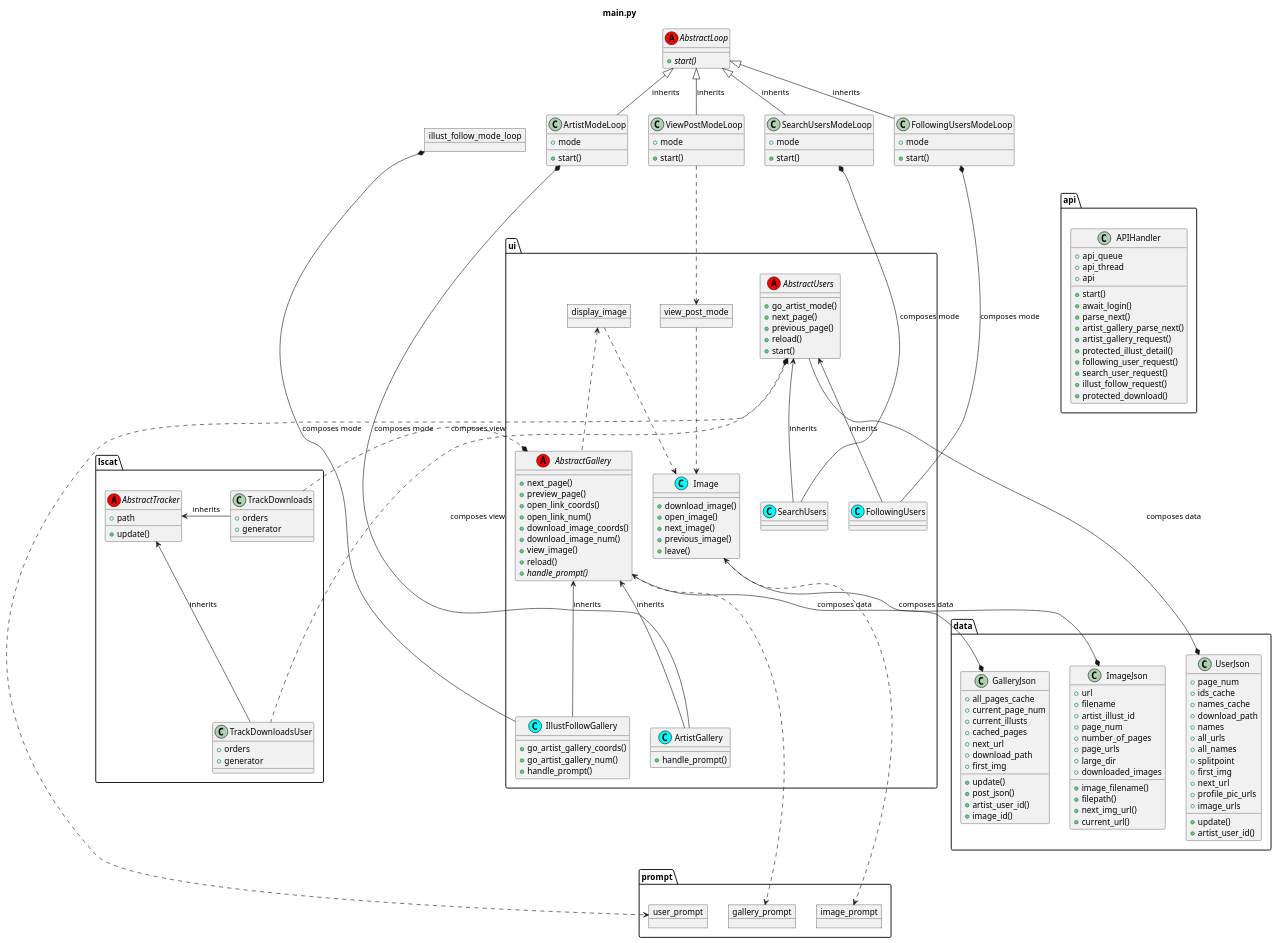
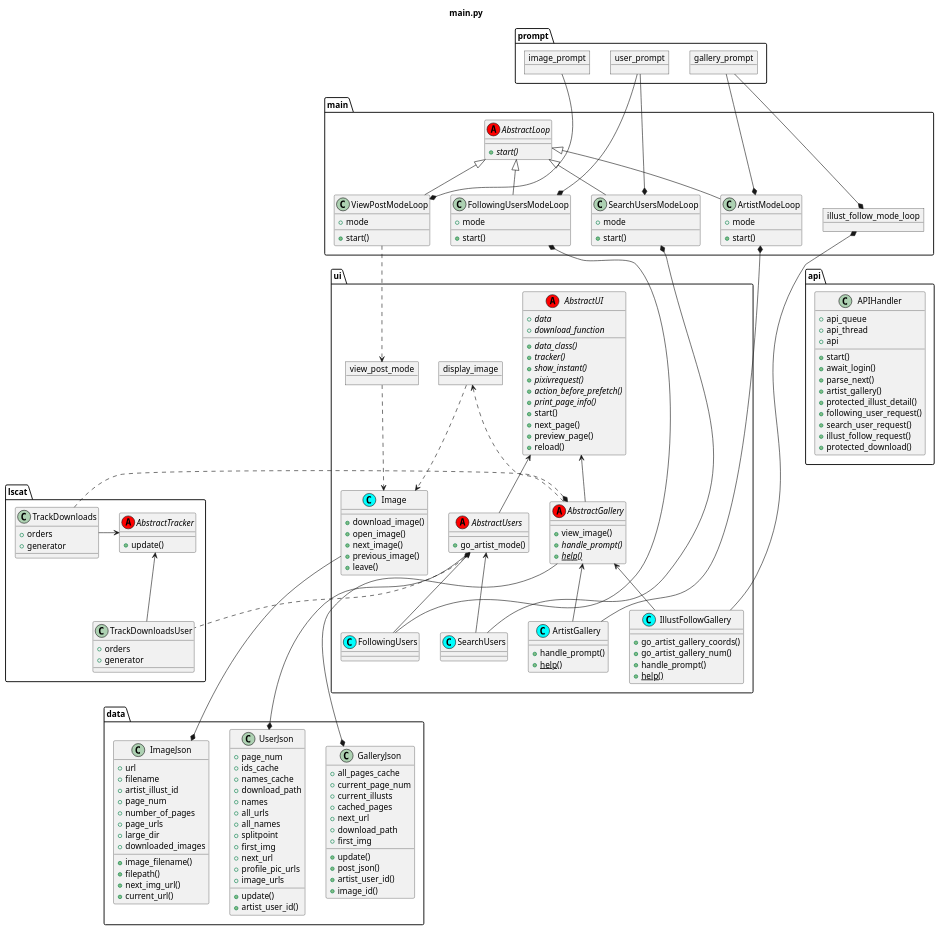
The diagram in puml/classes.puml (akazukin5151/koneko), drawn with PlantUML before and after one commit.

Commit message:
Updated layout of classes puml

```diff
--- a/puml/classes.puml
+++ b/puml/classes.puml
@@ -2,55 +2,62 @@
 
 title main.py
 
-abstract class AbstractLoop <<(A, red)>>{
+abstract class main.AbstractLoop <<(A, red)>>{
   +{abstract}start()
 }
 
-class ArtistModeLoop {
+class main.ArtistModeLoop {
     + mode
     +start()
 }
-object illust_follow_mode_loop
+package main {
+    object illust_follow_mode_loop
+}
 
-AbstractLoop <|-down- ArtistModeLoop: inherits
-AbstractLoop <|-down[hidden]- illust_follow_mode_loop: inherits
-illust_follow_mode_loop -right[hidden]-> ViewPostModeLoop
-illust_follow_mode_loop -right[hidden]-> ArtistModeLoop
-ViewPostModeLoop -left[hidden]-> ArtistModeLoop
-ViewPostModeLoop -right[hidden]-> SearchUsersModeLoop
-ViewPostModeLoop -right[hidden]-> FollowingUsersModeLoop
+main.AbstractLoop <|-down- main.ArtistModeLoop
+main.AbstractLoop <|-down[hidden]- illust_follow_mode_loop
+
+abstract class ui.AbstractUI <<(A, red)>>{
+    + {abstract} data
+    + {abstract} download_function
+    +{abstract}data_class()
+    +{abstract}tracker()
+    +{abstract}show_instant()
+    +{abstract}pixivrequest()
+    +{abstract}action_before_prefetch()
+    +{abstract}print_page_info()
+    +start()
+    +next_page()
+    +preview_page()
+    +reload()
+}
 
 abstract class ui.AbstractGallery <<(A, red)>>{
-    +next_page()
-    +preview_page()
-    +open_link_coords()
-    +open_link_num()
-    +download_image_coords()
-    +download_image_num()
     +view_image()
-    +reload()
     +{abstract}handle_prompt()
+    +{abstract}{static}help()
 }
+ui.AbstractUI <-down- ui.AbstractGallery
 
 class ui.ArtistGallery <<(C, cyan)>>{
     +handle_prompt()
+    +{static}help()
 }
 class ui.IllustFollowGallery <<(C, cyan)>>{
     +go_artist_gallery_coords()
     +go_artist_gallery_num()
     +handle_prompt()
+    +{static}help()
 }
-ArtistModeLoop*-down- ui.ArtistGallery: composes mode
+main.ArtistModeLoop*-down- ui.ArtistGallery
 
-illust_follow_mode_loop*-down- ui.IllustFollowGallery: composes mode
+illust_follow_mode_loop*-down- ui.IllustFollowGallery
 
-ui.AbstractGallery <-down- ui.IllustFollowGallery: inherits
+ui.AbstractGallery <-down- ui.IllustFollowGallery
 
-ui.AbstractGallery <-down- ui.ArtistGallery: inherits
+ui.AbstractGallery <-down- ui.ArtistGallery
 
-ui.IllustFollowGallery -right[hidden]-> ui.ArtistGallery
-
-class ViewPostModeLoop {
+class main.ViewPostModeLoop {
     + mode
     +start()
 }
@@ -66,41 +73,37 @@
     + leave()
 }
 
-AbstractLoop <|-down- ViewPostModeLoop: inherits
-ViewPostModeLoop ..> view_post_mode
+main.AbstractLoop <|-down- main.ViewPostModeLoop
+main.ViewPostModeLoop ..> view_post_mode
 view_post_mode ..> ui.Image
 display_image ..> ui.Image
 display_image <.. ui.AbstractGallery
 
 
-class FollowingUsersModeLoop {
+class main.FollowingUsersModeLoop {
     + mode
     +start()
 }
-class SearchUsersModeLoop {
+class main.SearchUsersModeLoop {
     + mode
     +start()
 }
-AbstractLoop <|-down- FollowingUsersModeLoop: inherits
-AbstractLoop <|-down- SearchUsersModeLoop: inherits
+main.AbstractLoop <|-down- main.FollowingUsersModeLoop
+main.AbstractLoop <|-down- main.SearchUsersModeLoop
 
 class ui.FollowingUsers <<(C, cyan)>>
 class ui.SearchUsers <<(C, cyan)>>
 abstract class ui.AbstractUsers <<(A, red)>>{
     +go_artist_mode()
-    +next_page()
-    +previous_page()
-    +reload()
-    +start()
 }
-ui.AbstractUsers <-down- ui.FollowingUsers: inherits
-ui.AbstractUsers <-down- ui.SearchUsers: inherits
-FollowingUsersModeLoop*-down- ui.FollowingUsers: composes mode
-SearchUsersModeLoop*-down- ui.SearchUsers: composes mode
+ui.AbstractUI <-down- ui.AbstractUsers
+ui.AbstractUsers <-down- ui.FollowingUsers
+ui.AbstractUsers <-down- ui.SearchUsers
+main.FollowingUsersModeLoop*-down- ui.FollowingUsers
+main.SearchUsersModeLoop*-down- ui.SearchUsers
 
 
 abstract class lscat.AbstractTracker <<(A, red)>>{
-    + path
     +update()
 }
 class lscat.TrackDownloads {
@@ -112,24 +115,28 @@
     + generator
 }
 
-lscat.AbstractTracker <- lscat.TrackDownloadsUser: inherits
-lscat.AbstractTracker <- lscat.TrackDownloads: inherits
+lscat.AbstractTracker <- lscat.TrackDownloadsUser
+lscat.AbstractTracker <-right- lscat.TrackDownloads
 
-ui.AbstractUsers*.down. lscat.TrackDownloadsUser: composes view
-ui.AbstractGallery*.up lscat.TrackDownloads: composes view
+ui.AbstractUsers *.down. lscat.TrackDownloadsUser
+ui.AbstractGallery *.left lscat.TrackDownloads
 
 lscat.TrackDownloadsUser -up[hidden]-> lscat.TrackDownloads
-lscat.TrackDownloadsUser --up[hidden]-> ui.AbstractGallery
 
 package prompt {
     object user_prompt
-    ui.AbstractUsers <..> user_prompt
+    object gallery_prompt
+    object image_prompt
 
-    object gallery_prompt
-    ui.AbstractGallery <.down.> gallery_prompt
+    user_prompt -down[hidden]-> main.AbstractLoop
+    gallery_prompt -down[hidden]-> main.AbstractLoop
+    image_prompt -down[hidden]-> main.AbstractLoop
 
-    object image_prompt
-    ui.Image <.down..> image_prompt
+    main.ArtistModeLoop *-up-- gallery_prompt
+    main.ViewPostModeLoop *-up-- image_prompt
+    main.FollowingUsersModeLoop *-left-- user_prompt
+    main.SearchUsersModeLoop *-left-- user_prompt
+    illust_follow_mode_loop *-up-- gallery_prompt
 }
 
 
@@ -177,9 +184,9 @@
     +artist_user_id()
 }
 
-data.GalleryJson *-up- ui.AbstractGallery: composes data
-data.ImageJson *-up- ui.Image: composes data
-data.UserJson *-up- ui.AbstractUsers: composes data
+data.GalleryJson *-up-- ui.AbstractGallery
+data.ImageJson *-up-- ui.Image
+data.UserJson *-up-- ui.AbstractUsers
 
 
 class api.APIHandler {
@@ -189,8 +196,7 @@
     +start()
     +await_login()
     +parse_next()
-    +artist_gallery_parse_next()
-    +artist_gallery_request()
+    +artist_gallery()
     +protected_illust_detail()
     +following_user_request()
     +search_user_request()
@@ -198,6 +204,6 @@
     +protected_download()
 }
 
-api.APIHandler -right[hidden]-> ui.AbstractUsers
+api.APIHandler ---left[hidden]-> ui.AbstractUI
 
 @enduml
```
